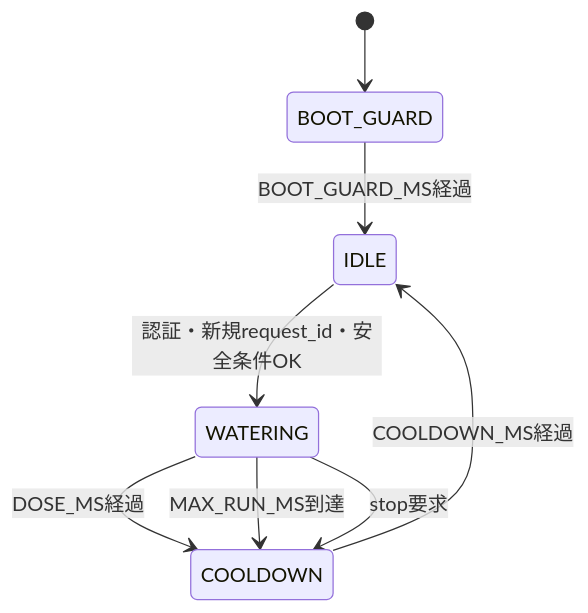
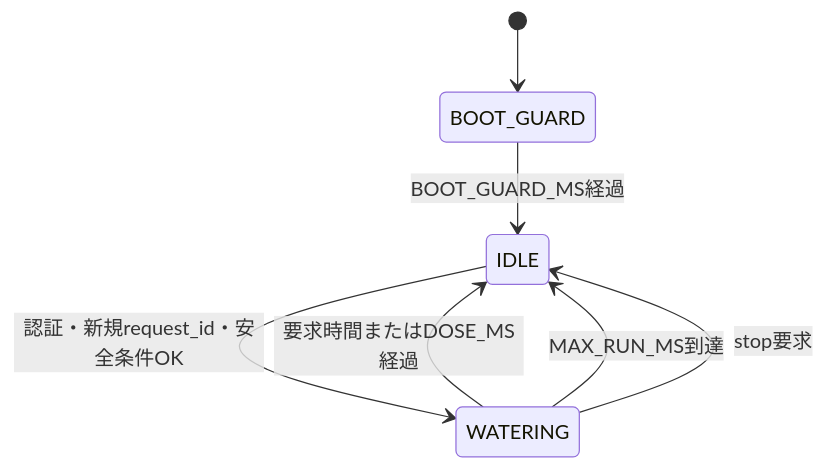
One commit to kandotrun/tree changed the second of 2 diagrams in docs/development-guide.md. Above: the diagram before and after it, drawn with Mermaid. The commit also changed other lines of this file and 21 other files, not shown here.

````diff
--- a/docs/development-guide.md
+++ b/docs/development-guide.md
@@ -244,10 +247,9 @@
 ```mermaid
 stateDiagram-v2
     [*] --> BOOT_GUARD
     BOOT_GUARD --> IDLE: BOOT_GUARD_MS経過
     IDLE --> WATERING: 認証・新規request_id・安全条件OK
-    WATERING --> COOLDOWN: DOSE_MS経過
-    WATERING --> COOLDOWN: MAX_RUN_MS到達
-    WATERING --> COOLDOWN: stop要求
-    COOLDOWN --> IDLE: COOLDOWN_MS経過
+    WATERING --> IDLE: 要求時間またはDOSE_MS経過
+    WATERING --> IDLE: MAX_RUN_MS到達
+    WATERING --> IDLE: stop要求
 ```
````
